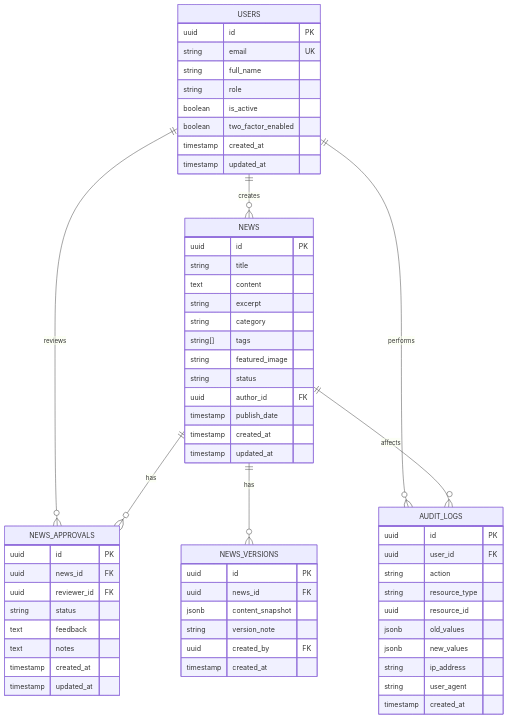
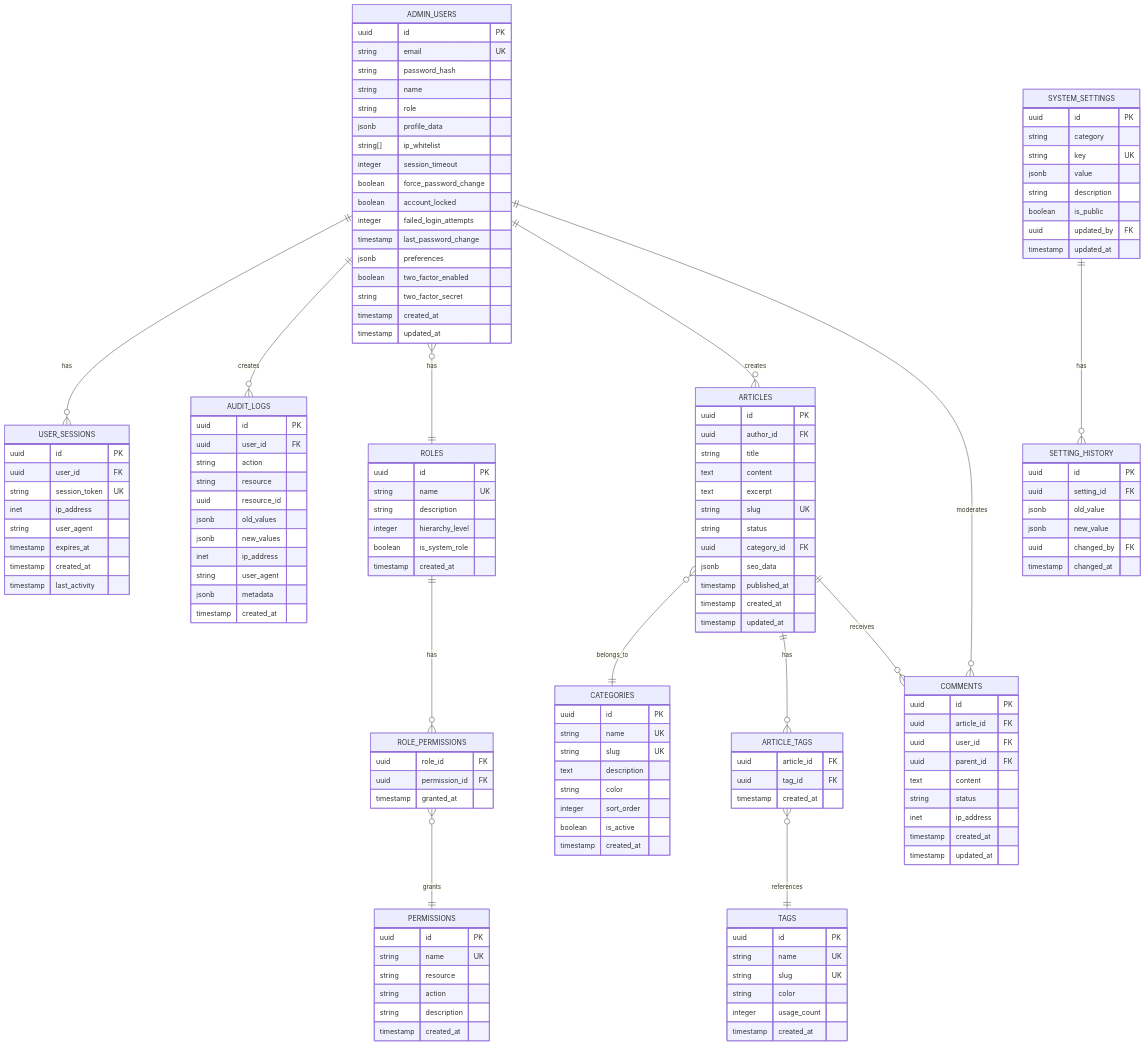
Before and after one commit to elton2024br/ubanews: the second of 2 diagrams in .trae/documents/arquitetura-tecnica-admin.md, drawn with Mermaid. The commit also changed other lines of this file and 71 other files, not shown here.

````diff
--- a/.trae/documents/arquitetura-tecnica-admin.md
+++ b/.trae/documents/arquitetura-tecnica-admin.md
@@ -191,68 +337,157 @@
 ```mermaid
 erDiagram
-    USERS ||--o{ NEWS : creates
-    USERS ||--o{ NEWS_APPROVALS : reviews
-    USERS ||--o{ AUDIT_LOGS : performs
-    NEWS ||--o{ NEWS_APPROVALS : has
-    NEWS ||--o{ NEWS_VERSIONS : has
-    NEWS ||--o{ AUDIT_LOGS : affects
+    ADMIN_USERS ||--o{ USER_SESSIONS : has
+    ADMIN_USERS ||--o{ AUDIT_LOGS : creates
+    ADMIN_USERS }o--|| ROLES : has
+    ROLES ||--o{ ROLE_PERMISSIONS : has
+    ROLE_PERMISSIONS }o--|| PERMISSIONS : grants
+    ADMIN_USERS ||--o{ ARTICLES : creates
+    ARTICLES }o--|| CATEGORIES : belongs_to
+    ARTICLES ||--o{ ARTICLE_TAGS : has
+    ARTICLE_TAGS }o--|| TAGS : references
+    ADMIN_USERS ||--o{ COMMENTS : moderates
+    ARTICLES ||--o{ COMMENTS : receives
+    SYSTEM_SETTINGS ||--o{ SETTING_HISTORY : has
     
-    USERS {
+    ADMIN_USERS {
         uuid id PK
         string email UK
-        string full_name
+        string password_hash
+        string name
         string role
-        boolean is_active
+        jsonb profile_data
+        string[] ip_whitelist
+        integer session_timeout
+        boolean force_password_change
+        boolean account_locked
+        integer failed_login_attempts
+        timestamp last_password_change
+        jsonb preferences
         boolean two_factor_enabled
+        string two_factor_secret
         timestamp created_at
         timestamp updated_at
     }
     
-    NEWS {
+    ROLES {
         uuid id PK
-        string title
-        text content
-        string excerpt
-        string category
-        string[] tags
-        string featured_image
-        string status
-        uuid author_id FK
-        timestamp publish_date
+        string name UK
+        string description
+        integer hierarchy_level
+        boolean is_system_role
         timestamp created_at
-        timestamp updated_at
     }
     
-    NEWS_APPROVALS {
+    PERMISSIONS {
         uuid id PK
-        uuid news_id FK
-        uuid reviewer_id FK
-        string status
-        text feedback
-        text notes
+        string name UK
+        string resource
+        string action
+        string description
         timestamp created_at
-        timestamp updated_at
     }
     
-    NEWS_VERSIONS {
+    ROLE_PERMISSIONS {
+        uuid role_id FK
+        uuid permission_id FK
+        timestamp granted_at
+    }
+    
+    USER_SESSIONS {
         uuid id PK
-        uuid news_id FK
-        jsonb content_snapshot
-        string version_note
-        uuid created_by FK
+        uuid user_id FK
+        string session_token UK
+        inet ip_address
+        string user_agent
+        timestamp expires_at
         timestamp created_at
+        timestamp last_activity
     }
     
     AUDIT_LOGS {
         uuid id PK
         uuid user_id FK
         string action
-        string resource_type
+        string resource
         uuid resource_id
         jsonb old_values
         jsonb new_values
-        string ip_address
+        inet ip_address
         string user_agent
+        jsonb metadata
         timestamp created_at
     }
+    
+    ARTICLES {
+        uuid id PK
+        uuid author_id FK
+        string title
+        text content
+        text excerpt
+        string slug UK
+        string status
+        uuid category_id FK
+        jsonb seo_data
+        timestamp published_at
+        timestamp created_at
+        timestamp updated_at
+    }
+    
+    CATEGORIES {
+        uuid id PK
+        string name UK
+        string slug UK
+        text description
+        string color
+        integer sort_order
+        boolean is_active
+        timestamp created_at
+    }
+    
+    TAGS {
+        uuid id PK
+        string name UK
+        string slug UK
+        string color
+        integer usage_count
+        timestamp created_at
+    }
+    
+    ARTICLE_TAGS {
+        uuid article_id FK
+        uuid tag_id FK
+        timestamp created_at
+    }
+    
+    COMMENTS {
+        uuid id PK
+        uuid article_id FK
+        uuid user_id FK
+        uuid parent_id FK
+        text content
+        string status
+        inet ip_address
+        timestamp created_at
+        timestamp updated_at
+    }
+    
+    SYSTEM_SETTINGS {
+        uuid id PK
+        string category
+        string key UK
+        jsonb value
+        string description
+        boolean is_public
+        uuid updated_by FK
+        timestamp updated_at
+    }
+    
+    SETTING_HISTORY {
+        uuid id PK
+        uuid setting_id FK
+        jsonb old_value
+        jsonb new_value
+        uuid changed_by FK
+        timestamp changed_at
+    }
 ```
````
